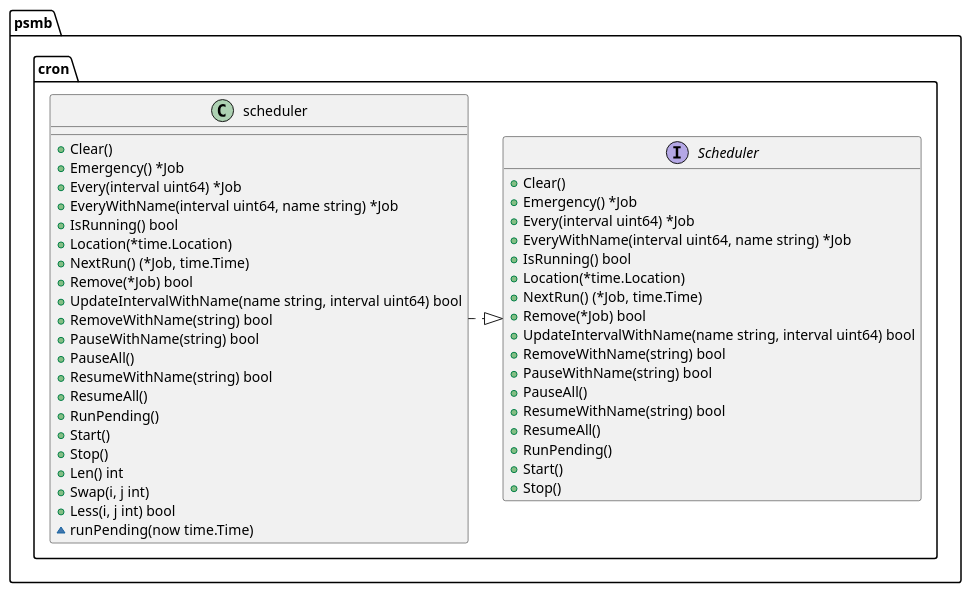
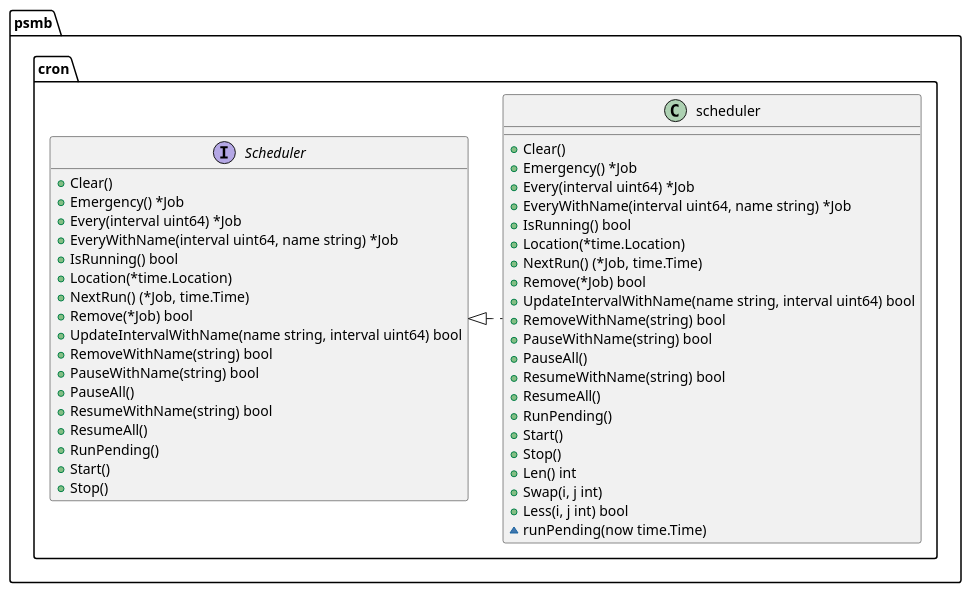
One commit to taka-wang/puml changed the diagram in cron.puml. Above: the diagram before and after it, drawn with PlantUML. The commit also changed 6 other files, not shown here.

```diff
--- a/cron.puml
+++ b/cron.puml
@@ -1,53 +1,53 @@
 @startuml
 
 set namespaceSeparator /
 
 class psmb/cron/scheduler {
 	+Clear()
 	+Emergency() *Job
 	+Every(interval uint64) *Job
 	+EveryWithName(interval uint64, name string) *Job
 	+IsRunning() bool
 	+Location(*time.Location)
 	+NextRun() (*Job, time.Time)
 	+Remove(*Job) bool
 	+UpdateIntervalWithName(name string, interval uint64) bool
 	+RemoveWithName(string) bool
 	+PauseWithName(string) bool
 	+PauseAll()
 	+ResumeWithName(string) bool
 	+ResumeAll()
 	+RunPending()
 	+Start()
 	+Stop()
     +Len() int
     +Swap(i, j int)
     +Less(i, j int) bool
     ~runPending(now time.Time)
 }
 
 interface psmb/cron/Scheduler {
 	+Clear()
 	+Emergency() *Job
 	+Every(interval uint64) *Job
 	+EveryWithName(interval uint64, name string) *Job
 	+IsRunning() bool
 	+Location(*time.Location)
 	+NextRun() (*Job, time.Time)
 	+Remove(*Job) bool
 	+UpdateIntervalWithName(name string, interval uint64) bool
 	+RemoveWithName(string) bool
 	+PauseWithName(string) bool
 	+PauseAll()
 	+ResumeWithName(string) bool
 	+ResumeAll()
 	+RunPending()
 	+Start()
 	+Stop()
 }
 
-"psmb/cron/scheduler" .|> "psmb/cron/Scheduler"
+"psmb/cron/Scheduler" <|. "psmb/cron/scheduler"
 
 hide interface fields
 
 @enduml
```
